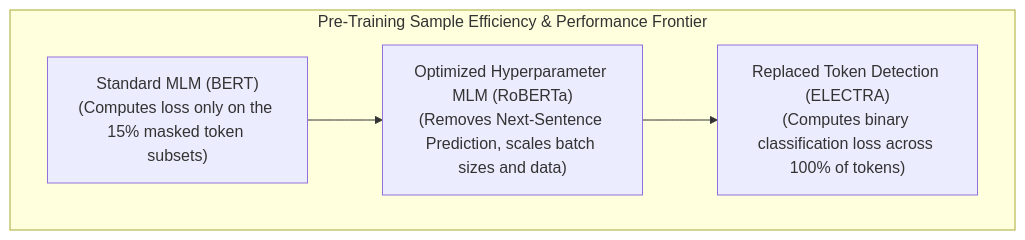
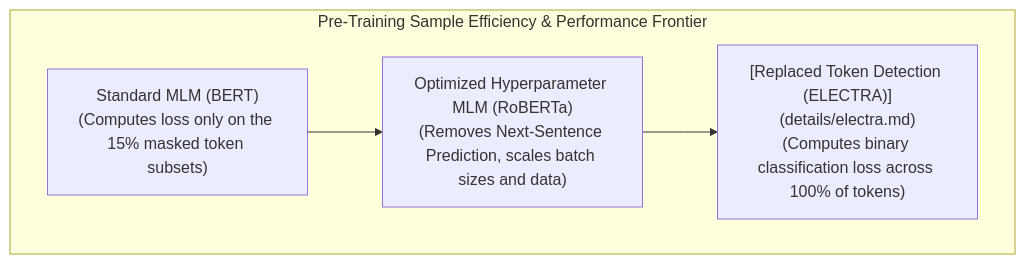
Before and after one commit to ishandutta2007/Awesome-Masked-Language-Modeling: the second of 2 diagrams in README.md, drawn with Mermaid. The commit also changed other lines of this file and 11 other files, not shown here.

````diff
--- a/README.md
+++ b/README.md
@@ -48,9 +48,9 @@
 ```mermaid
 flowchart TB
     subgraph "Pre-Training Sample Efficiency & Performance Frontier"
         BERT["Standard MLM (BERT)<br>(Computes loss only on the 15% masked token subsets)"]
         RoBERTa["Optimized Hyperparameter MLM (RoBERTa)<br>(Removes Next-Sentence Prediction, scales batch sizes and data)"]
-        ELECTRA["Replaced Token Detection (ELECTRA)<br>(Computes binary classification loss across 100% of tokens)"]
+        ELECTRA["[Replaced Token Detection (ELECTRA)](details/electra.md)<br>(Computes binary classification loss across 100% of tokens)"]
         BERT --> RoBERTa --> ELECTRA
     end
 ```
````
